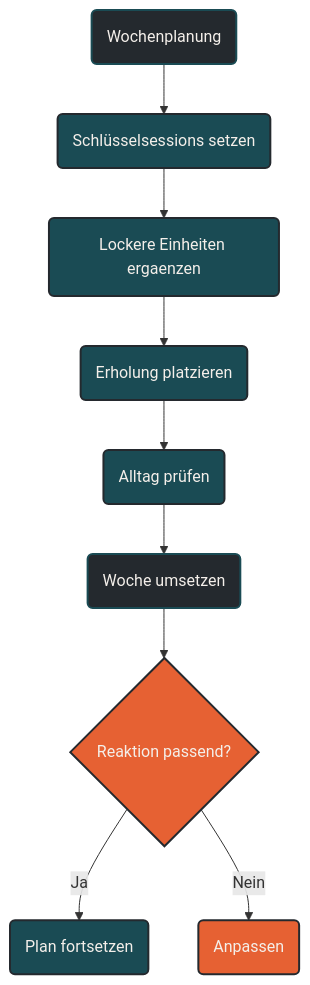
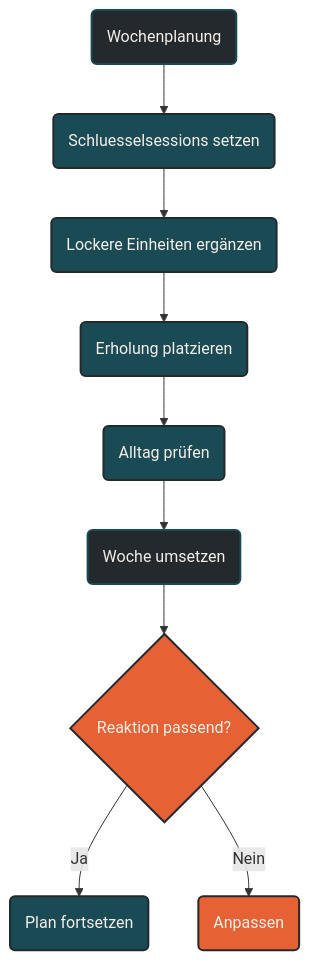
One commit to Quixos40K/ausdauersport-typemill changed the diagram in content/00-ausdauersport/00-trainingswissenschaft/03-trainingsplanung/00-wochenplanung.md. Above: the diagram before and after it, drawn with Mermaid. The commit also changed other lines of this file, not shown here.

First line of the commit message:
Add source references to Wochenplanung content

````diff
--- a/content/00-ausdauersport/00-trainingswissenschaft/03-trainingsplanung/00-wochenplanung.md
+++ b/content/00-ausdauersport/00-trainingswissenschaft/03-trainingsplanung/00-wochenplanung.md
@@ -207,27 +207,27 @@
 ```mermaid
 graph TD
-    A(Wochenplanung) --> B(Schlüsselsessions setzen)
-    B --> C(Lockere Einheiten ergaenzen)
+    A(Wochenplanung) --> B(Schluesselsessions setzen)
+    B --> C(Lockere Einheiten ergänzen)
     C --> D(Erholung platzieren)
     D --> E(Alltag prüfen)
     E --> F(Woche umsetzen)
 
     F --> G{Reaktion passend?}
     G -->|Ja| H(Plan fortsetzen)
     G -->|Nein| I(Anpassen)
 
     classDef default fill:#F4EFEA,stroke:#1A4B54,stroke-width:2px,color:#24292E;
     classDef primary fill:#1A4B54,stroke:#24292E,stroke-width:2px,color:#F4EFEA;
     classDef highlight fill:#E66133,stroke:#24292E,stroke-width:2px,color:#F4EFEA;
     classDef dark fill:#24292E,stroke:#1A4B54,stroke-width:2px,color:#F4EFEA;
 
     class A dark;
     class B primary;
     class C primary;
     class D primary;
     class E primary;
     class F dark;
     class G highlight;
     class H primary;
     class I highlight;
 ```
````
